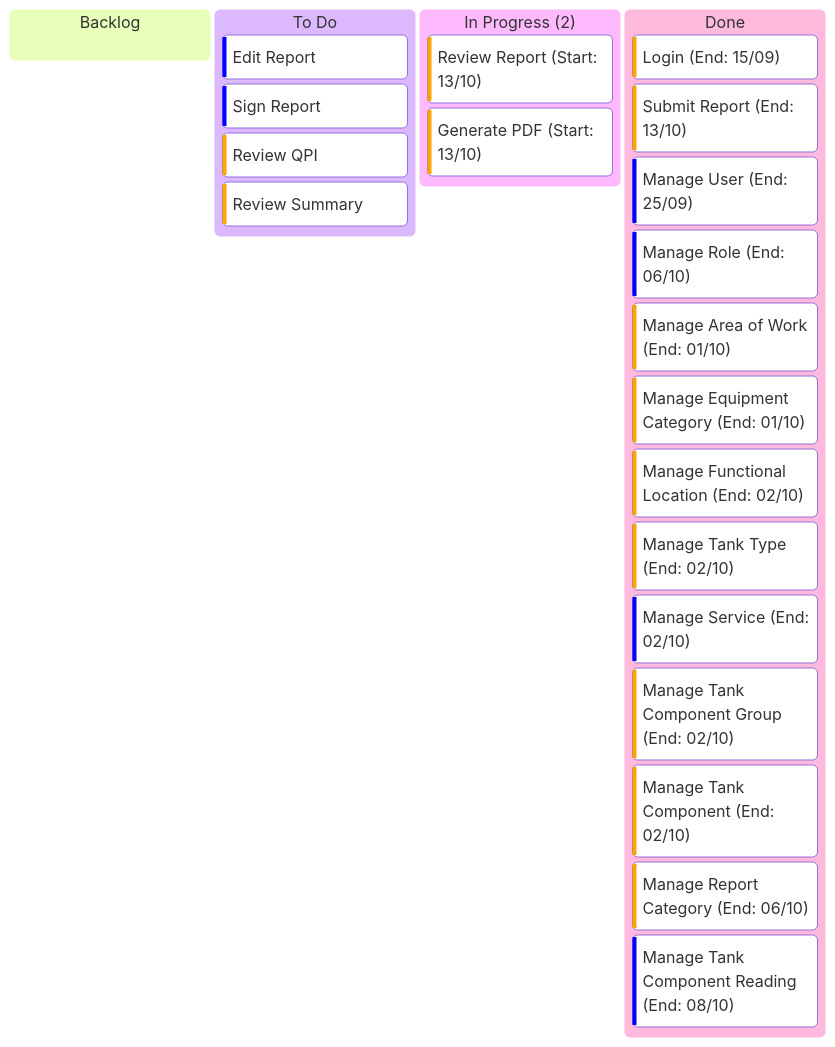
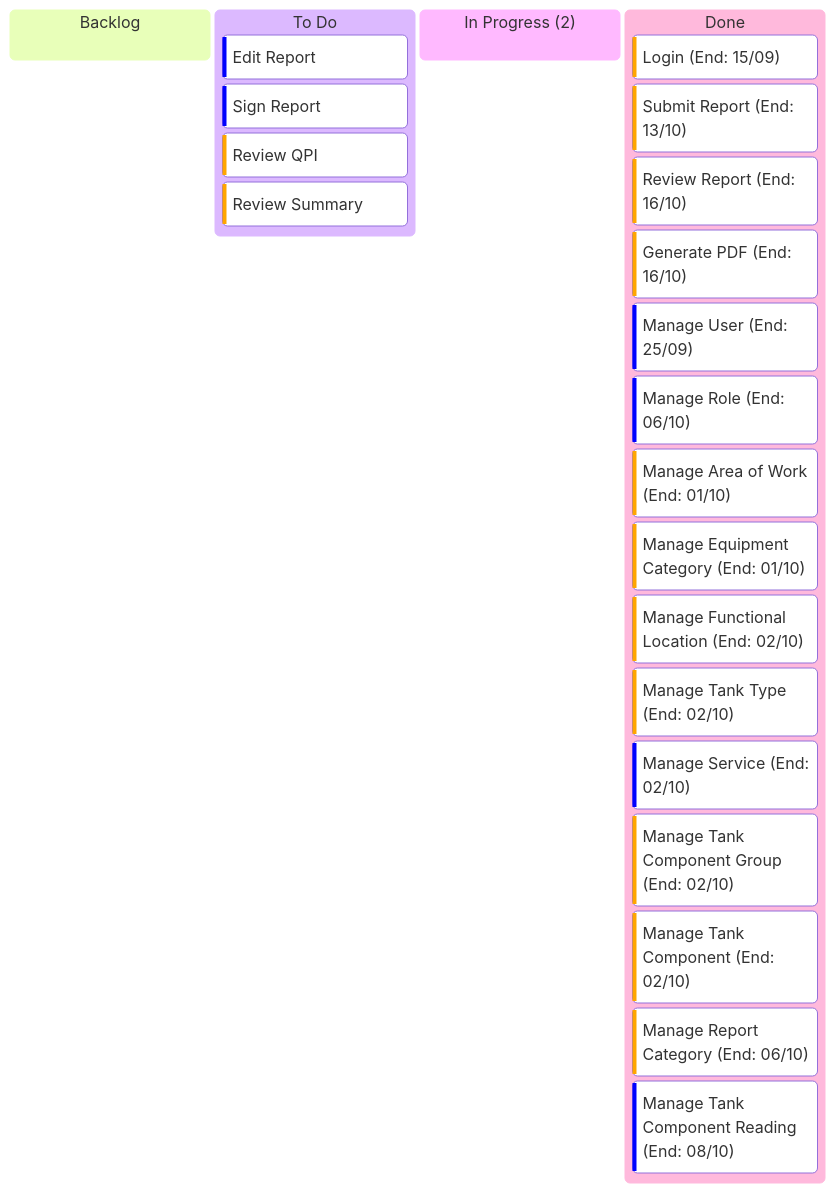
The diagram in Kanban/02-Kanban.md (billdansr/kanban-boc-om), drawn with Mermaid before and after one commit.

Commit message:
vault backup: 2025-10-16 11:21:13
Review Report: In Progress -> Done. Ended in 16/10
Generate PDF: In Progress -> Done. Ended in 16/10

````diff
--- a/Kanban/02-Kanban.md
+++ b/Kanban/02-Kanban.md
@@ -3,29 +3,29 @@
 ```mermaid
 kanban
   backlog[Backlog]
 
   todo[To Do]
 	  uc04[Edit Report]@{priority: 'Low'}
 	  uc05[Sign Report]@{priority: 'Low'}
 	  uc07[Review QPI]@{priority: 'High'}
 	  uc08[Review Summary]@{priority: 'High'}
 	  
-  inprogress["In Progress (2)"]
-	  uc03["Review Report (Start: 13/10)"]@{priority: 'High'}	
-	  uc06["Generate PDF (Start: 13/10)"]@{priority: 'High'}  
+  inprogress["In Progress (2)"] 
 
   done[Done]
 	  uc01["Login (End: 15/09)"]@{priority: 'High'}
-	  uc02["Submit Report (End: 13/10)"]@{priority: 'High'}	  
+	  uc02["Submit Report (End: 13/10)"]@{priority: 'High'}
+	  uc03["Review Report (End: 16/10)"]@{priority: 'High'}	
+	  uc06["Generate PDF (End: 16/10)"]@{priority: 'High'} 	  
 	  uc09["Manage User (End: 25/09)"]@{priority: 'Low'}
 	  uc10["Manage Role (End: 06/10)"]@{priority: 'Low'}
 	  uc11["Manage Area of Work (End: 01/10)"]@{priority: 'High'}
 	  uc12["Manage Equipment Category (End: 01/10)"]@{priority: 'High'}
 	  uc13["Manage Functional Location (End: 02/10)"]@{priority: 'High'}
 	  uc14["Manage Tank Type (End: 02/10)"]@{priority: 'High'}
 	  uc15["Manage Service (End: 02/10)"]@{priority: 'Low'}
 	  uc16["Manage Tank Component Group (End: 02/10)"]@{priority: 'High'}
 	  uc17["Manage Tank Component (End: 02/10)"]@{priority: 'High'}
 	  uc18["Manage Report Category (End: 06/10)"]@{priority: 'High'}
 	  uc19["Manage Tank Component Reading (End: 08/10)"]@{priority: 'Low'}
 ```
````
